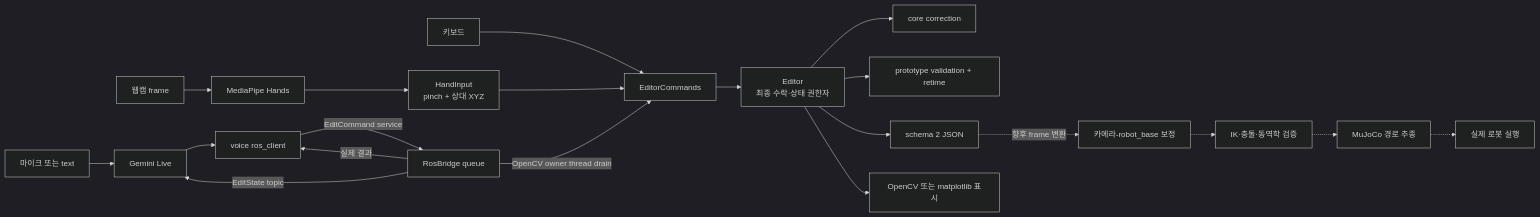
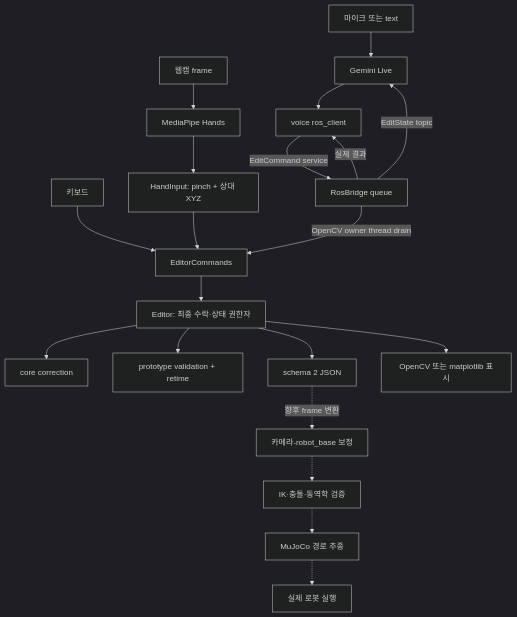
One commit to jaemin0319/ChatKHU changed the diagram in README.md. Above: the diagram before and after it, drawn with Mermaid (dark theme). The commit also changed other lines of this file, not shown here.

````diff
--- a/README.md
+++ b/README.md
@@ -114,25 +250,25 @@
 ```mermaid
-flowchart LR
+flowchart TD
     K[키보드] --> EC[EditorCommands]
     CAM[웹캠 frame] --> MP[MediaPipe Hands]
-    MP --> HI[HandInput<br/>pinch + 상대 XYZ]
+    MP --> HI["HandInput: pinch + 상대 XYZ"]
     HI --> EC
 
     MIC[마이크 또는 text] --> GL[Gemini Live]
     GL --> VC[voice ros_client]
     VC -->|EditCommand service| RB[RosBridge queue]
     RB -->|OpenCV owner thread drain| EC
 
-    EC --> ED[Editor<br/>최종 수락·상태 권한자]
+    EC --> ED["Editor: 최종 수락·상태 권한자"]
     ED --> CORE[core correction]
     ED --> VAL[prototype validation + retime]
     ED --> STORE[schema 2 JSON]
     ED --> UI[OpenCV 또는 matplotlib 표시]
     RB -->|실제 결과| VC
     RB -->|EditState topic| GL
 
     STORE -. 향후 frame 변환 .-> CAL[카메라-robot_base 보정]
     CAL -.-> ROBOT[IK·충돌·동역학 검증]
     ROBOT -.-> SIM[MuJoCo 경로 추종]
     SIM -.-> HW[실제 로봇 실행]
 ```
````
